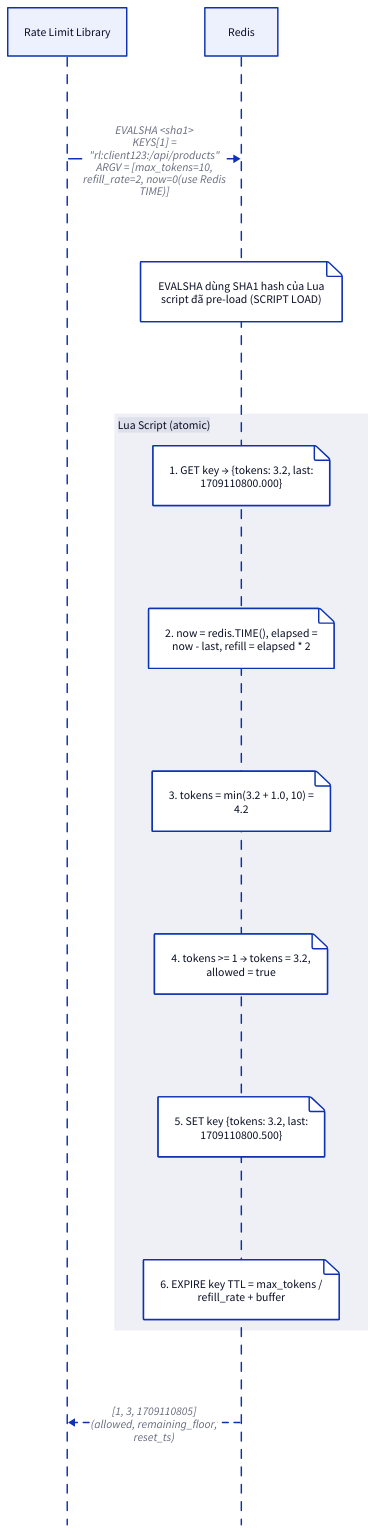
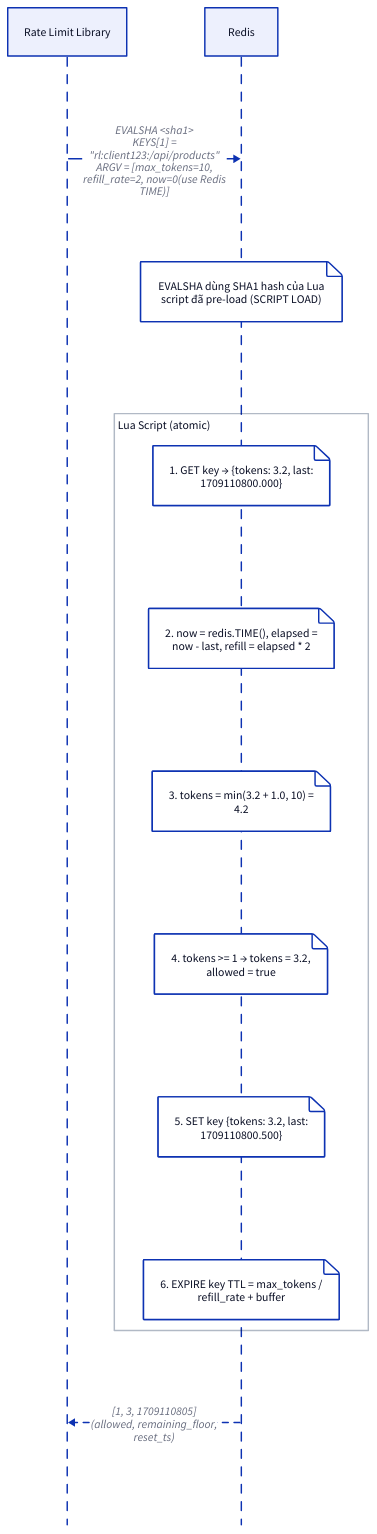
One commit to vanhiep99w/system-design-practice changed the fourth of 6 diagrams in rate-limiter.md. Above: the diagram before and after it, drawn with D2. The commit also changed other lines of this file and 9 other files, not shown here.

Commit message:
fix: clarify sequence frames and add canvas breathing room

````diff
--- a/rate-limiter.md
+++ b/rate-limiter.md
@@ -574,18 +608,23 @@
 ```d2 interactive title="Token Bucket — Redis Lua atomic operation"
 # viewport-height: 180vh
 shape: sequence_diagram
 RL: Rate Limit Library
 R: Redis
 
 RL -> R: "EVALSHA <sha1>\nKEYS[1] =\n\"rl:client123:/api/products\"\nARGV = [max_tokens=10,\nrefill_rate=2, now=0(use Redis\nTIME)]"
 R."EVALSHA dùng SHA1 hash của Lua\nscript đã pre-load (SCRIPT LOAD)"
 atomic: "Lua Script (atomic)" {
+  style: {
+    fill: transparent
+    stroke: "#64748b"
+    stroke-width: 2
+  }
   R."1. GET key → {tokens: 3.2, last:\n1709110800.000}"
   R."2. now = redis.TIME(), elapsed =\nnow - last, refill = elapsed * 2"
   R."3. tokens = min(3.2 + 1.0, 10) =\n4.2"
   R."4. tokens >= 1 → tokens = 3.2,\nallowed = true"
   R."5. SET key {tokens: 3.2, last:\n1709110800.500}"
   R."6. EXPIRE key TTL = max_tokens /\nrefill_rate + buffer"
 }
 R -> RL: "[1, 3, 1709110805]\n(allowed, remaining_floor,\nreset_ts)" {style.stroke-dash: 4}
 ```
````
